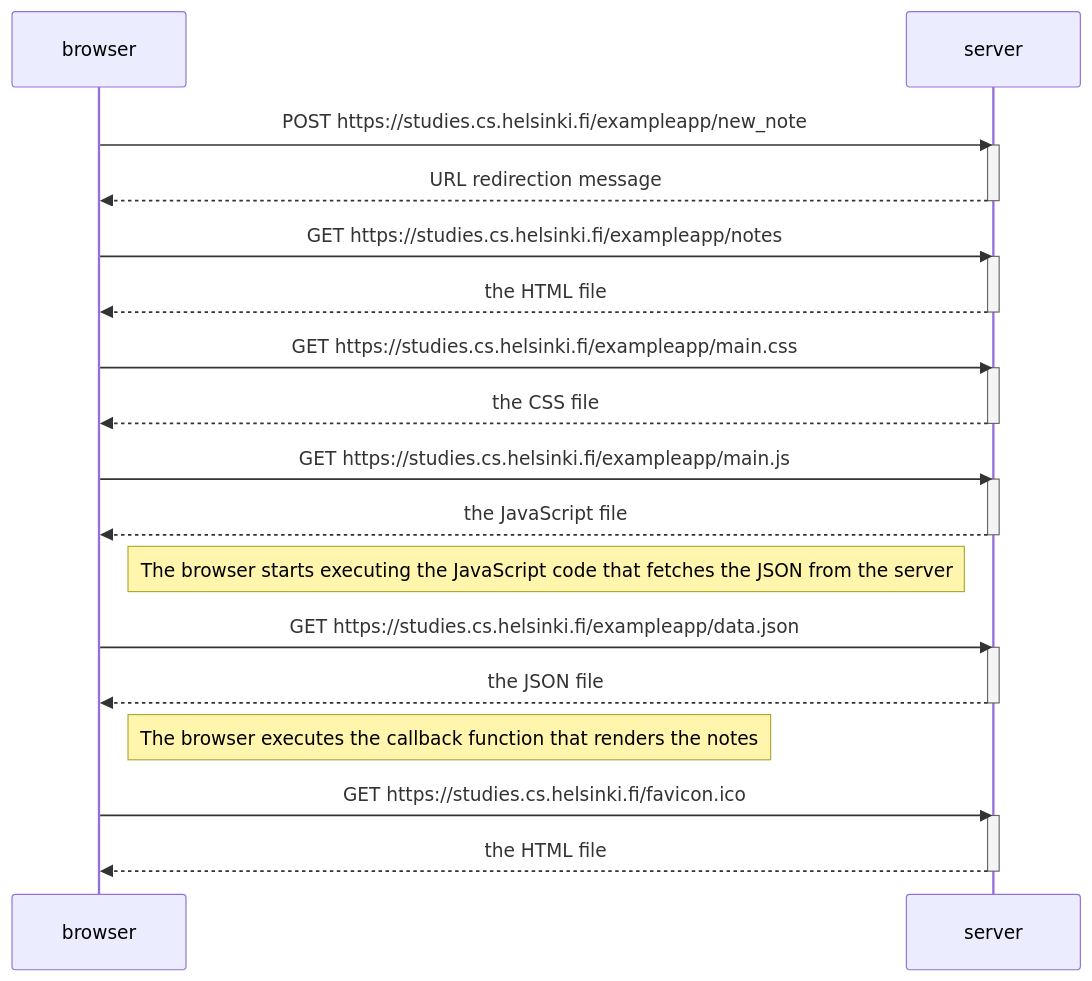
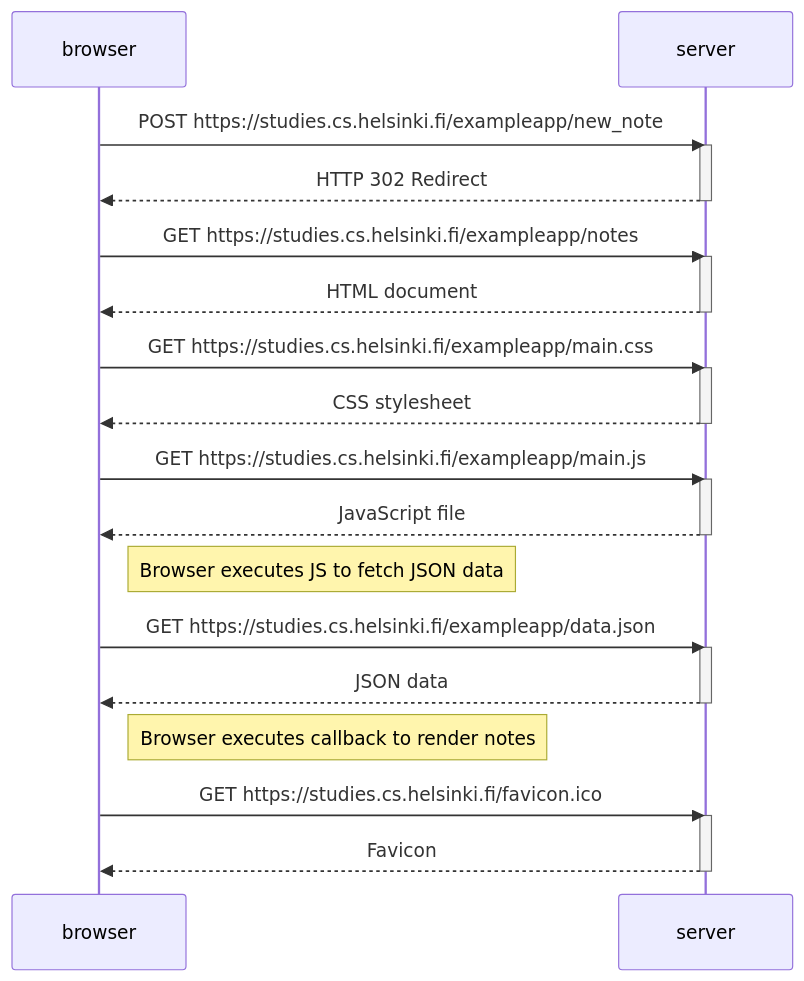
One commit to alwaysvivek/full-stack-open changed the diagram in part0/0.4.md. Above: the diagram before and after it, drawn with Mermaid. The commit also changed 2 other files, not shown here.

Commit message:
Refactor diagrams to use participant aliases

````diff
--- a/part0/0.4.md
+++ b/part0/0.4.md
@@ -1,39 +1,39 @@
 ```mermaid
 sequenceDiagram
-participant browser
-participant server
+    participant B as browser
+    participant S as server
 
-    browser->>server: POST https://studies.cs.helsinki.fi/exampleapp/new_note
-    activate server
-    server-->>browser: URL redirection message
-    deactivate server
+    B->>S: POST https://studies.cs.helsinki.fi/exampleapp/new_note
+    activate S
+    S-->>B: HTTP 302 Redirect
+    deactivate S
 
-    browser->>server: GET https://studies.cs.helsinki.fi/exampleapp/notes
-    activate server
-    server-->>browser: the HTML file
-    deactivate server
+    B->>S: GET https://studies.cs.helsinki.fi/exampleapp/notes
+    activate S
+    S-->>B: HTML document
+    deactivate S
 
-    browser->>server: GET https://studies.cs.helsinki.fi/exampleapp/main.css
-    activate server
-    server-->>browser: the CSS file
-    deactivate server
+    B->>S: GET https://studies.cs.helsinki.fi/exampleapp/main.css
+    activate S
+    S-->>B: CSS stylesheet
+    deactivate S
 
-    browser->>server: GET https://studies.cs.helsinki.fi/exampleapp/main.js
-    activate server
-    server-->>browser: the JavaScript file
-    deactivate server
+    B->>S: GET https://studies.cs.helsinki.fi/exampleapp/main.js
+    activate S
+    S-->>B: JavaScript file
+    deactivate S
 
-    Note right of browser: The browser starts executing the JavaScript code that fetches the JSON from the server
+    Note right of B: Browser executes JS to fetch JSON data
 
-    browser->>server: GET https://studies.cs.helsinki.fi/exampleapp/data.json
-    activate server
-    server-->>browser: the JSON file
-    deactivate server
+    B->>S: GET https://studies.cs.helsinki.fi/exampleapp/data.json
+    activate S
+    S-->>B: JSON data
+    deactivate S
 
-    Note right of browser: The browser executes the callback function that renders the notes
+    Note right of B: Browser executes callback to render notes
 
-    browser->>server: GET https://studies.cs.helsinki.fi/favicon.ico
-    activate server
-    server-->>browser: the HTML file
-    deactivate server
+    B->>S: GET https://studies.cs.helsinki.fi/favicon.ico
+    activate S
+    S-->>B: Favicon
+    deactivate S
 ```
````
